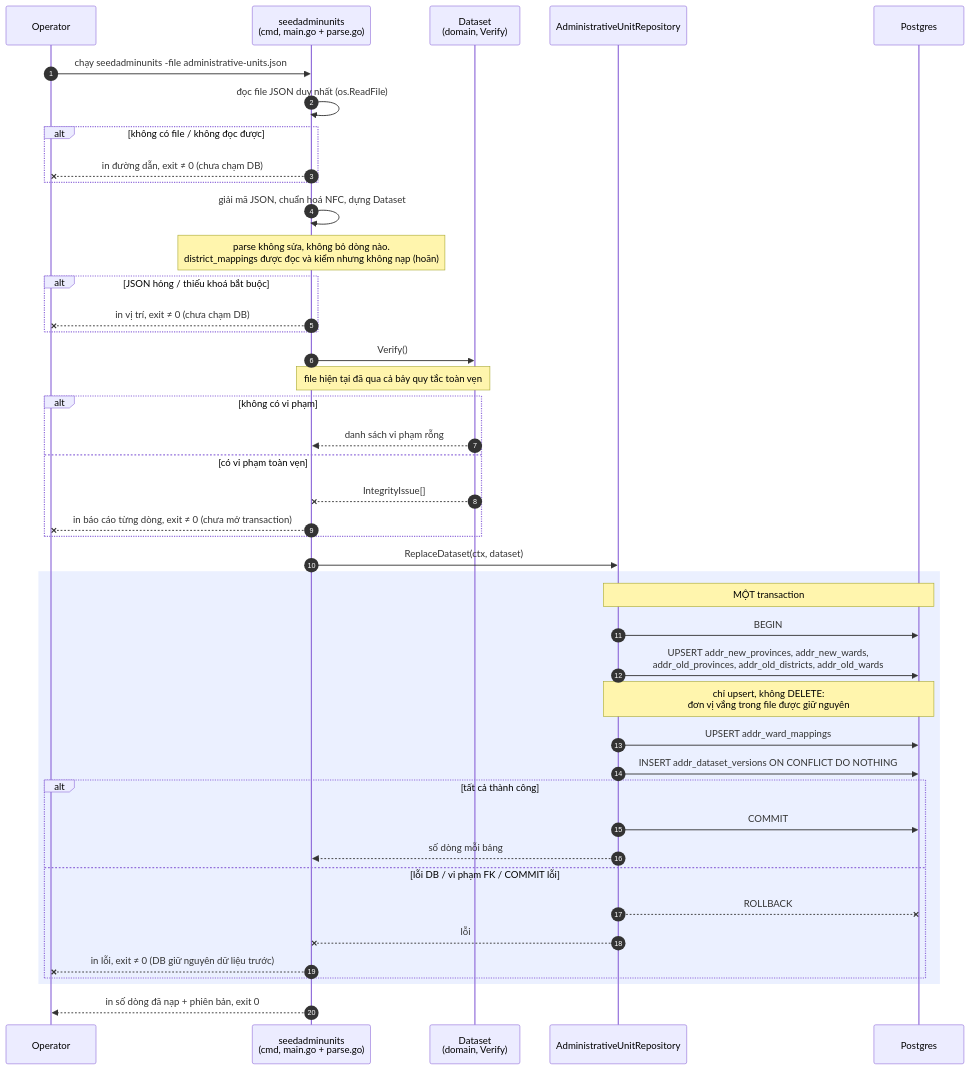
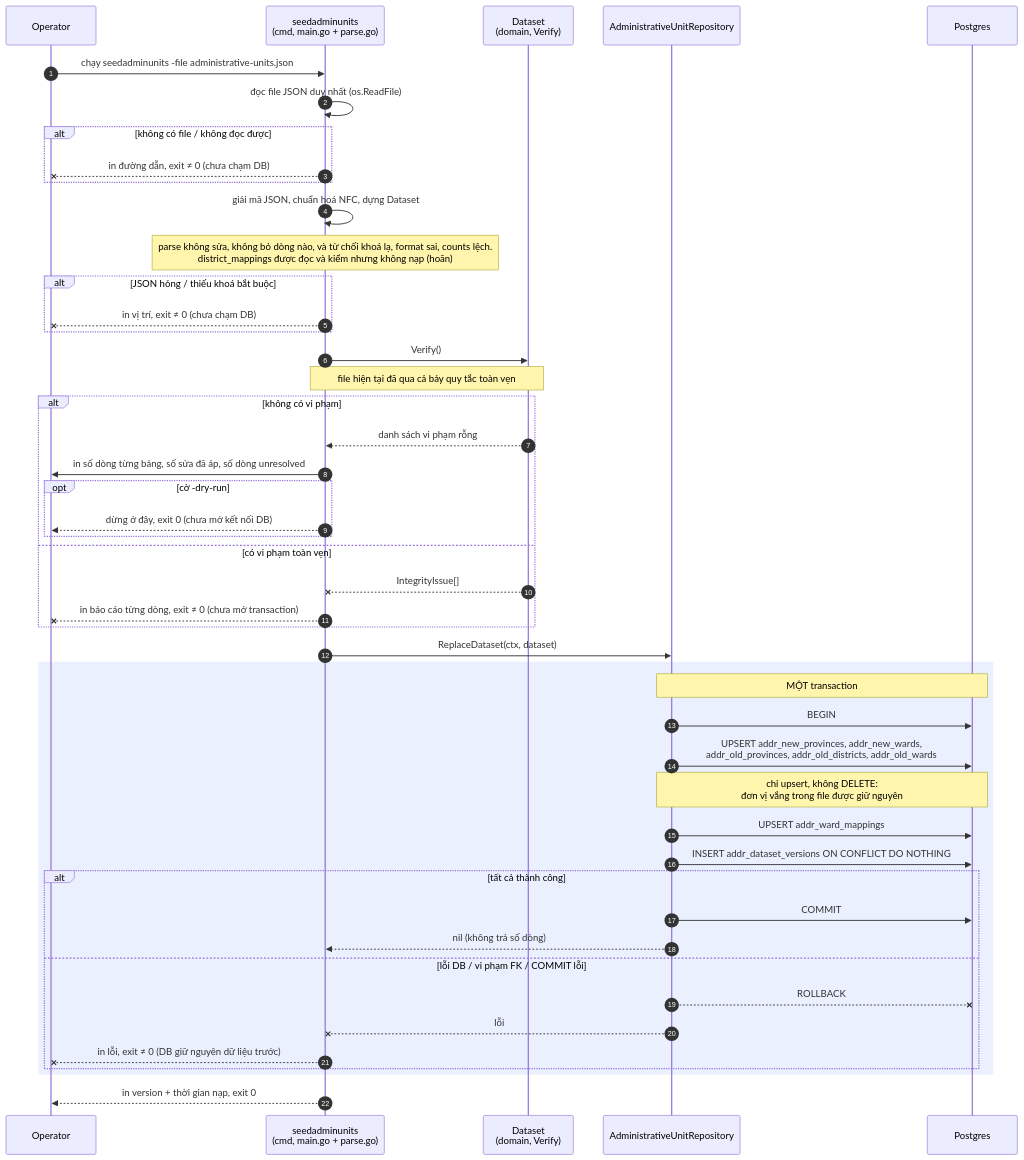
The diagram in docs/specs/features/administrative-units/flow.md (chjpcojit/innerlamp-be), drawn with Mermaid before and after one commit. The commit also changed other lines of this file and 354 other files, not shown here.

````diff
--- a/docs/specs/features/administrative-units/flow.md
+++ b/docs/specs/features/administrative-units/flow.md
@@ -14,59 +14,63 @@
 ```mermaid
 sequenceDiagram
     autonumber
     participant O as Operator
     participant S as seedadminunits<br/>(cmd, main.go + parse.go)
     participant D as Dataset<br/>(domain, Verify)
     participant R as AdministrativeUnitRepository
     participant DB as Postgres
 
     O->>S: chạy seedadminunits -file administrative-units.json
 
     %% Step 1
     S->>S: đọc file JSON duy nhất (os.ReadFile)
     alt không có file / không đọc được
         S--xO: in đường dẫn, exit ≠ 0 (chưa chạm DB)
     end
 
     %% Step 2
     S->>S: giải mã JSON, chuẩn hoá NFC, dựng Dataset
-    Note over S: parse không sửa, không bỏ dòng nào.<br/>district_mappings được đọc và kiểm nhưng không nạp (hoãn)
+    Note over S: parse không sửa, không bỏ dòng nào, và từ chối khoá lạ, format sai, counts lệch.<br/>district_mappings được đọc và kiểm nhưng không nạp (hoãn)
     alt JSON hỏng / thiếu khoá bắt buộc
         S--xO: in vị trí, exit ≠ 0 (chưa chạm DB)
     end
 
     %% Step 3
     S->>D: Verify()
     Note over S,D: file hiện tại đã qua cả bảy quy tắc toàn vẹn
     alt không có vi phạm
         D-->>S: danh sách vi phạm rỗng
+        S->>O: in số dòng từng bảng, số sửa đã áp, số dòng unresolved
+        opt cờ -dry-run
+            S-->>O: dừng ở đây, exit 0 (chưa mở kết nối DB)
+        end
     else có vi phạm toàn vẹn
         D--xS: IntegrityIssue[]
         S--xO: in báo cáo từng dòng, exit ≠ 0 (chưa mở transaction)
     end
 
     S->>R: ReplaceDataset(ctx, dataset)
 
     rect rgb(235, 240, 255)
         Note over R,DB: MỘT transaction
         %% Step 4
         R->>DB: BEGIN
         R->>DB: UPSERT addr_new_provinces, addr_new_wards,<br/>addr_old_provinces, addr_old_districts, addr_old_wards
         Note over R,DB: chỉ upsert, không DELETE:<br/>đơn vị vắng trong file được giữ nguyên
         %% Step 5
         R->>DB: UPSERT addr_ward_mappings
         %% Step 6
         R->>DB: INSERT addr_dataset_versions ON CONFLICT DO NOTHING
         alt tất cả thành công
             R->>DB: COMMIT
-            R-->>S: số dòng mỗi bảng
+            R-->>S: nil (không trả số dòng)
         else lỗi DB / vi phạm FK / COMMIT lỗi
             R--xDB: ROLLBACK
             R--xS: lỗi
             S--xO: in lỗi, exit ≠ 0 (DB giữ nguyên dữ liệu trước)
         end
     end
 
     %% Step 7
-    S-->>O: in số dòng đã nạp + phiên bản, exit 0
+    S-->>O: in version + thời gian nạp, exit 0
 ```
````
